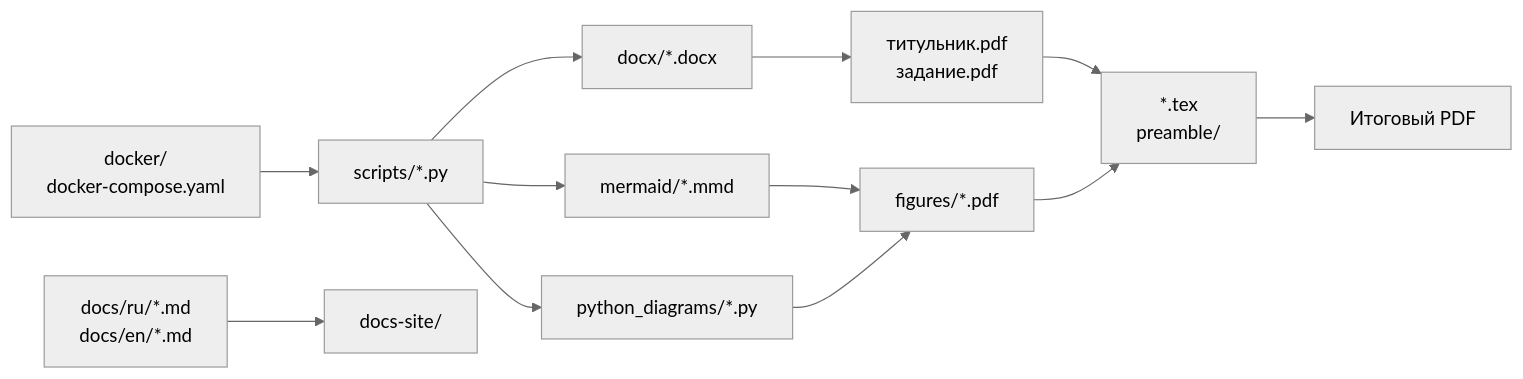
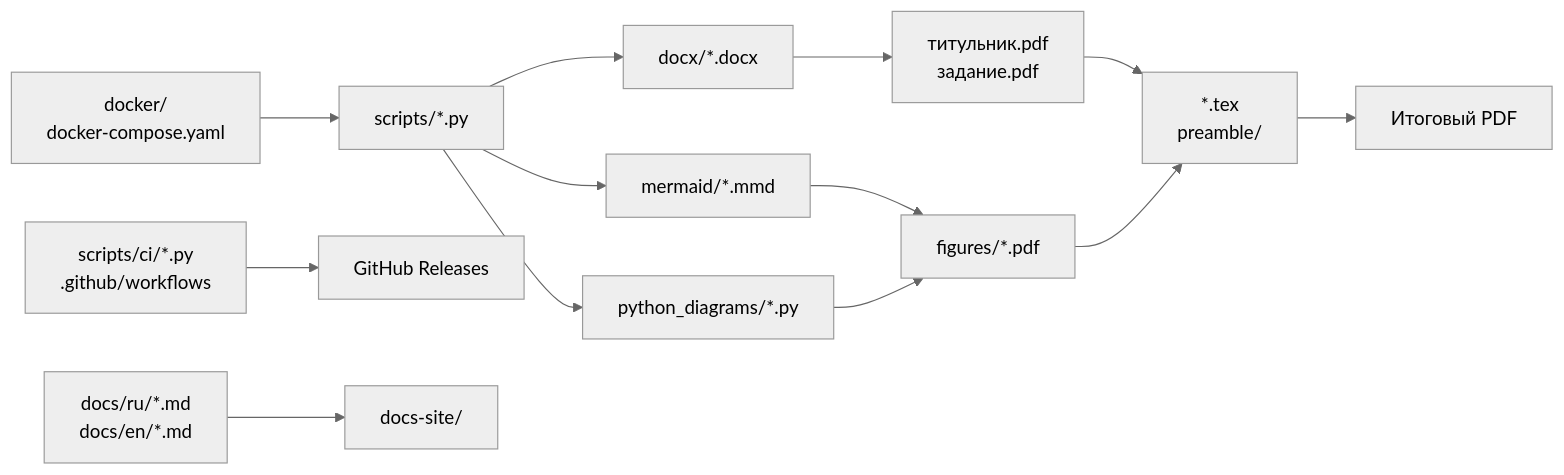
Before and after one commit to ethercod3/latex_thesis_template: the diagram in docs/ru/project-structure.md, drawn with Mermaid (neutral theme). The commit also changed other lines of this file and 18 other files, not shown here.

````diff
--- a/docs/ru/project-structure.md
+++ b/docs/ru/project-structure.md
@@ -3,14 +3,15 @@
 ```mermaid
 flowchart LR
     TEX["*.tex<br/>preamble/"] --> PDF["Итоговый PDF"]
     DOCX["docx/*.docx"] --> TITLE["титульник.pdf<br/>задание.pdf"]
     MMD["mermaid/*.mmd"] --> FIGURES["figures/*.pdf"]
     PYD["python_diagrams/*.py"] --> FIGURES
     TITLE --> TEX
     FIGURES --> TEX
     SCRIPTS["scripts/*.py"] --> DOCX
     SCRIPTS --> MMD
     SCRIPTS --> PYD
+    CI["scripts/ci/*.py<br/>.github/workflows"] --> RELEASE["GitHub Releases"]
     DOCKER["docker/<br/>docker-compose.yaml"] --> SCRIPTS
     DOCS["docs/ru/*.md<br/>docs/en/*.md"] --> SITE["docs-site/"]
 ```
````
